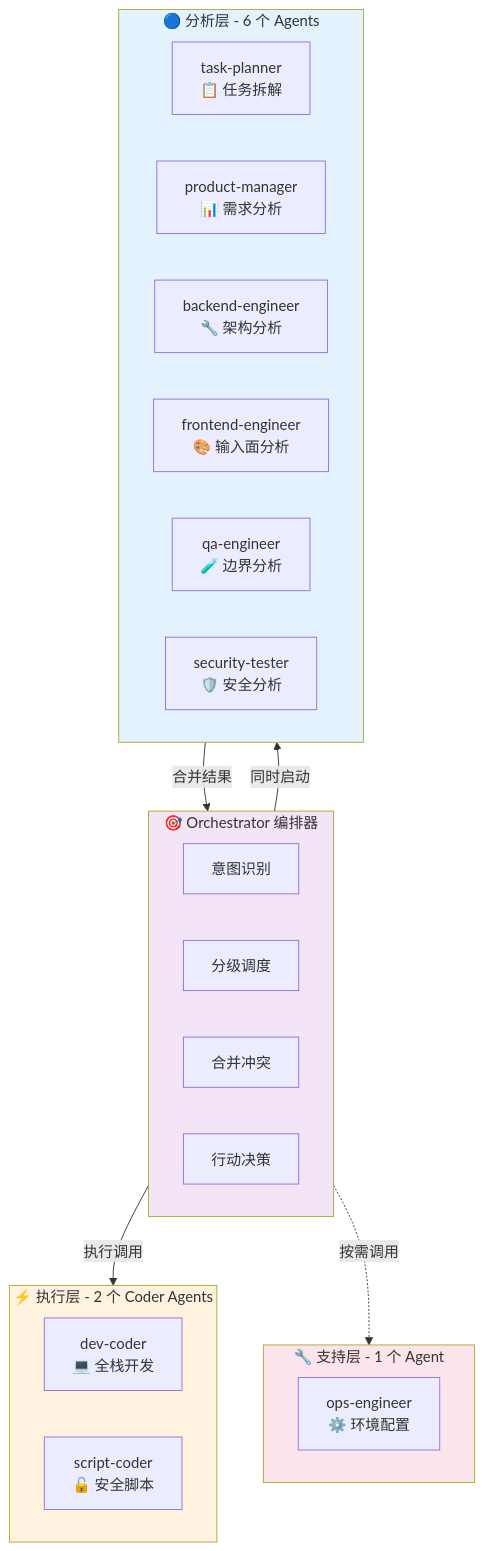
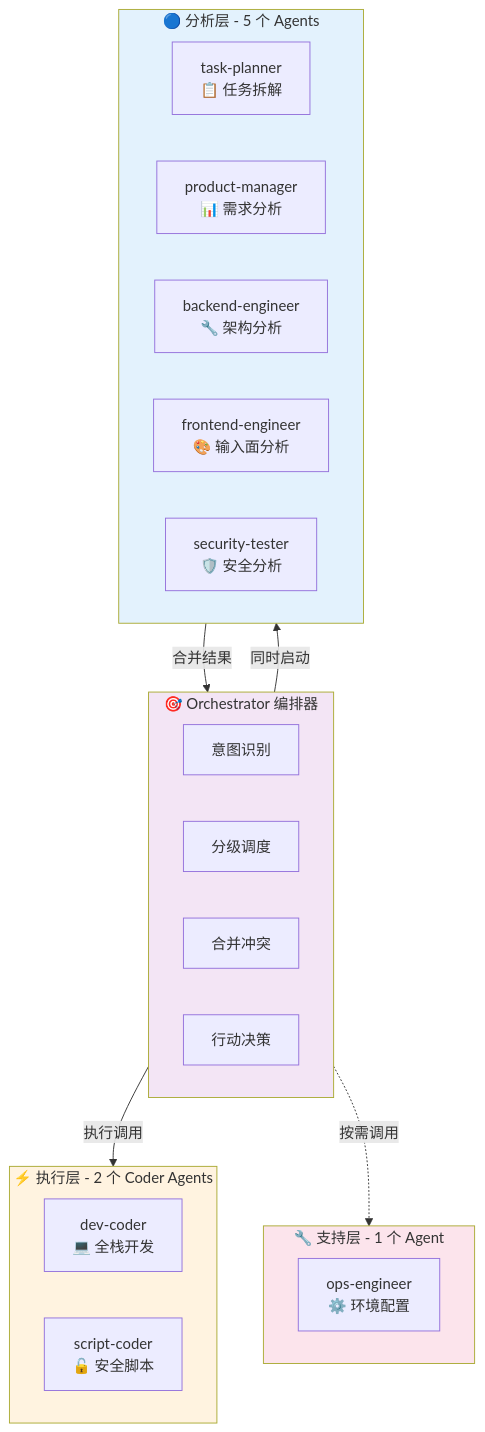
The fourth of 7 diagrams in ARCHITECTURE.md (xxipv6/claudeSandBox), drawn with Mermaid before and after one commit. The commit also changed other lines of this file and 12 other files, not shown here.

````diff
--- a/ARCHITECTURE.md
+++ b/ARCHITECTURE.md
@@ -218,38 +216,37 @@
 ```mermaid
 graph TB
     subgraph Orchestrator["🎯 Orchestrator 编排器"]
         Direction[意图识别]
         Schedule[分级调度]
         Merge[合并冲突]
         Decision[行动决策]
     end
 
-    subgraph Analysis["🔵 分析层 - 6 个 Agents"]
+    subgraph Analysis["🔵 分析层 - 5 个 Agents"]
         TP[task-planner<br/>📋 任务拆解]
         PM[product-manager<br/>📊 需求分析]
         BE[backend-engineer<br/>🔧 架构分析]
         FE[frontend-engineer<br/>🎨 输入面分析]
-        QE[qa-engineer<br/>🧪 边界分析]
         ST[security-tester<br/>🛡️ 安全分析]
     end
 
     subgraph Execution["⚡ 执行层 - 2 个 Coder Agents"]
         DC[dev-coder<br/>💻 全栈开发]
         SC[script-coder<br/>🔓 安全脚本]
     end
 
     subgraph Support["🔧 支持层 - 1 个 Agent"]
         OE[ops-engineer<br/>⚙️ 环境配置]
     end
 
     Orchestrator -->|同时启动| Analysis
     Orchestrator -->|执行调用| Execution
     Orchestrator -.->|按需调用| Support
 
     Analysis -->|合并结果| Orchestrator
 
     style Orchestrator fill:#f3e5f5
     style Analysis fill:#e3f2fd
     style Execution fill:#fff3e0
     style Support fill:#fce4ec
 ```
````
